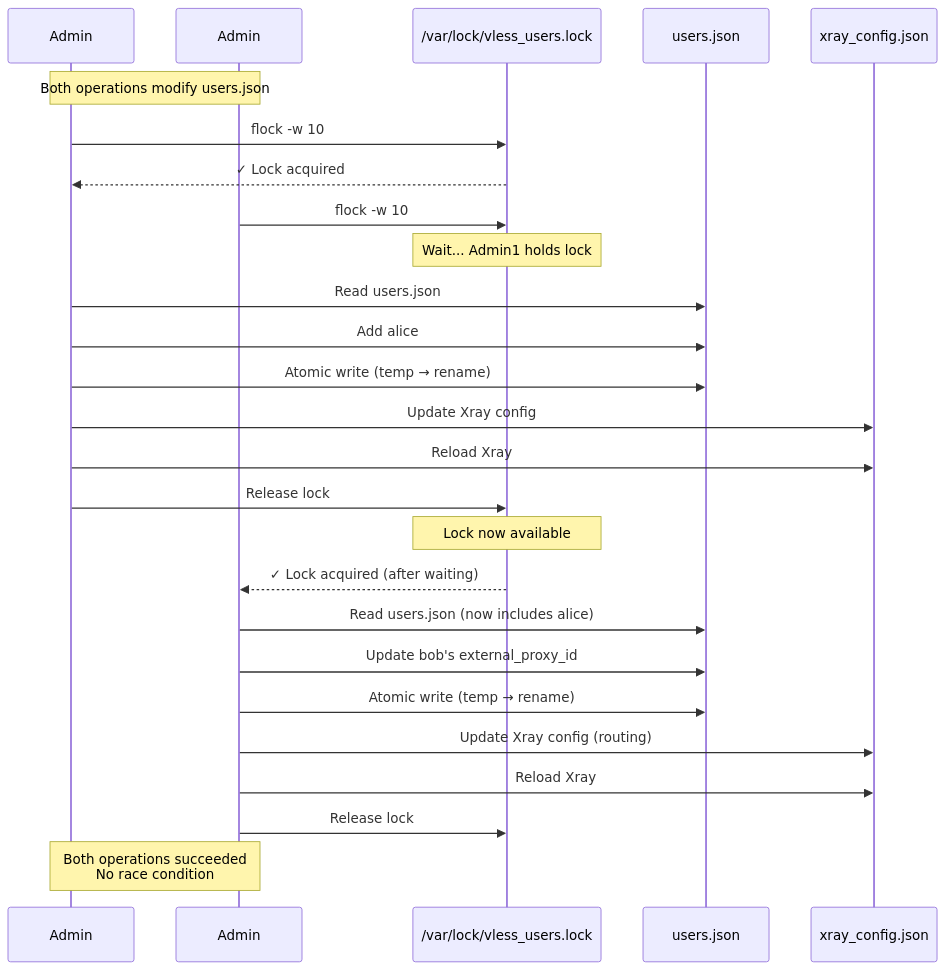
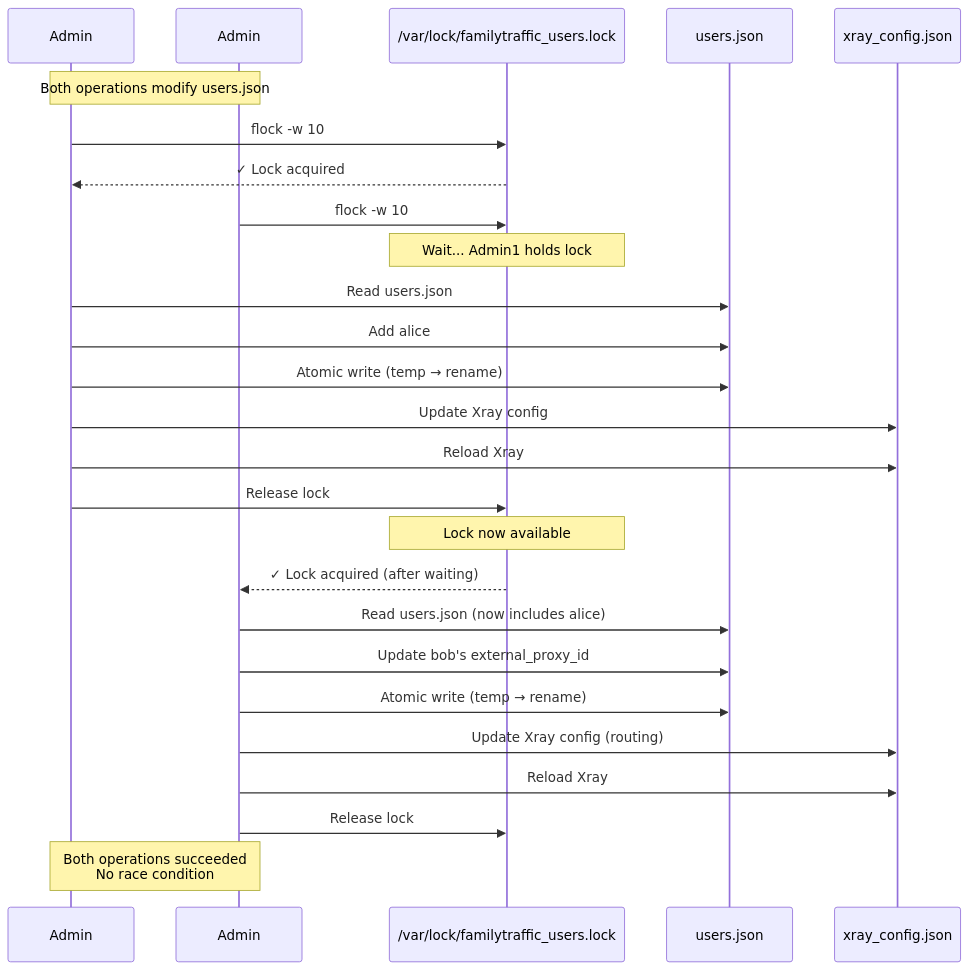
Before and after one commit to ikeniborn/vless: the sixth of 8 diagrams in docs/architecture/diagrams/sequences/config-update.md, drawn with Mermaid. The commit also changed other lines of this file and 66 other files, not shown here.

First line of the commit message:
refactor(rename): replace old project name 'vless' with 'familytraffic'

````diff
--- a/docs/architecture/diagrams/sequences/config-update.md
+++ b/docs/architecture/diagrams/sequences/config-update.md
@@ -247,40 +247,40 @@
 ```mermaid
 sequenceDiagram
     participant Admin1 as Admin #1<br/>(add-user alice)
     participant Admin2 as Admin #2<br/>(set-proxy bob proxy-us)
-    participant Lock as /var/lock/vless_users.lock
+    participant Lock as /var/lock/familytraffic_users.lock
     participant UsersJSON as users.json
     participant XrayConfig as xray_config.json
 
     Note over Admin1,Admin2: Both operations modify users.json
 
     Admin1->>Lock: flock -w 10
     Lock-->>Admin1: ✓ Lock acquired
 
     Admin2->>Lock: flock -w 10
     Note over Lock: Wait... Admin1 holds lock
 
     Admin1->>UsersJSON: Read users.json
     Admin1->>UsersJSON: Add alice
     Admin1->>UsersJSON: Atomic write (temp → rename)
 
     Admin1->>XrayConfig: Update Xray config
     Admin1->>XrayConfig: Reload Xray
 
     Admin1->>Lock: Release lock
 
     Note over Lock: Lock now available
 
     Lock-->>Admin2: ✓ Lock acquired (after waiting)
 
     Admin2->>UsersJSON: Read users.json (now includes alice)
     Admin2->>UsersJSON: Update bob's external_proxy_id
     Admin2->>UsersJSON: Atomic write (temp → rename)
 
     Admin2->>XrayConfig: Update Xray config (routing)
     Admin2->>XrayConfig: Reload Xray
 
     Admin2->>Lock: Release lock
 
     Note over Admin1,Admin2: Both operations succeeded<br/>No race condition
 ```
````
